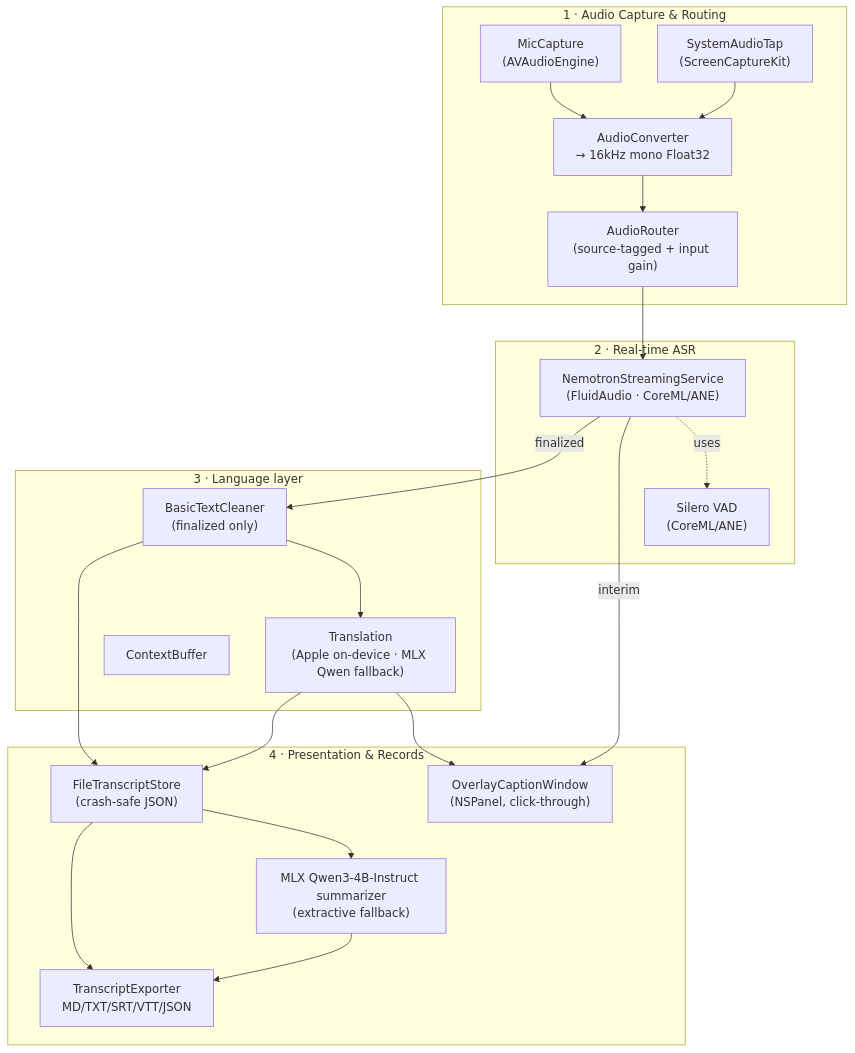
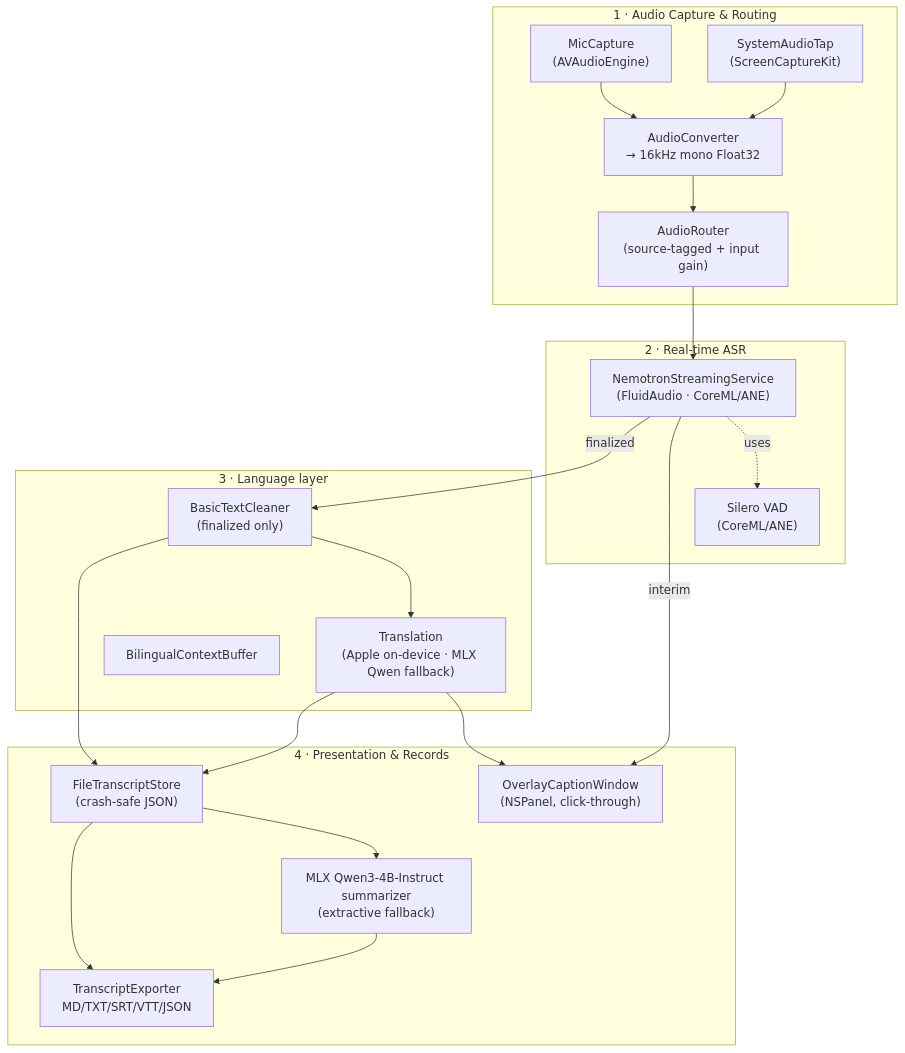
Before and after one commit to huang422/EdgeAI-Flow-Translate: the first of 2 diagrams in README.md, drawn with Mermaid. The commit also changed other lines of this file and 12 other files, not shown here.

````diff
--- a/README.md
+++ b/README.md
@@ -194,42 +194,42 @@
 ```mermaid
 flowchart TB
     subgraph Capture["1 · Audio Capture & Routing"]
         MIC["MicCapture<br/>(AVAudioEngine)"]
         SYS["SystemAudioTap<br/>(ScreenCaptureKit)"]
         CONV["AudioConverter<br/>→ 16kHz mono Float32"]
         ROUTER["AudioRouter<br/>(source-tagged + input gain)"]
         MIC --> CONV
         SYS --> CONV
         CONV --> ROUTER
     end
 
     subgraph ASR["2 · Real-time ASR"]
         NEMO["NemotronStreamingService<br/>(FluidAudio · CoreML/ANE)"]
         VAD["Silero VAD<br/>(CoreML/ANE)"]
         ROUTER --> NEMO
         NEMO -. uses .-> VAD
     end
 
     subgraph Lang["3 · Language layer"]
         CLEAN["BasicTextCleaner<br/>(finalized only)"]
         TRANS["Translation<br/>(Apple on-device · MLX Qwen fallback)"]
-        CTX["ContextBuffer"]
+        CTX["BilingualContextBuffer"]
     end
 
     subgraph UX["4 · Presentation & Records"]
         OVERLAY["OverlayCaptionWindow<br/>(NSPanel, click-through)"]
         STORE["FileTranscriptStore<br/>(crash-safe JSON)"]
         SUM["MLX Qwen3-4B-Instruct summarizer<br/>(extractive fallback)"]
         EXPORT["TranscriptExporter<br/>MD/TXT/SRT/VTT/JSON"]
     end
 
     NEMO -- "interim" --> OVERLAY
     NEMO -- "finalized" --> CLEAN
     CLEAN --> TRANS
     CLEAN --> STORE
     TRANS --> OVERLAY
     TRANS --> STORE
     STORE --> SUM
     STORE --> EXPORT
     SUM --> EXPORT
 ```
````
